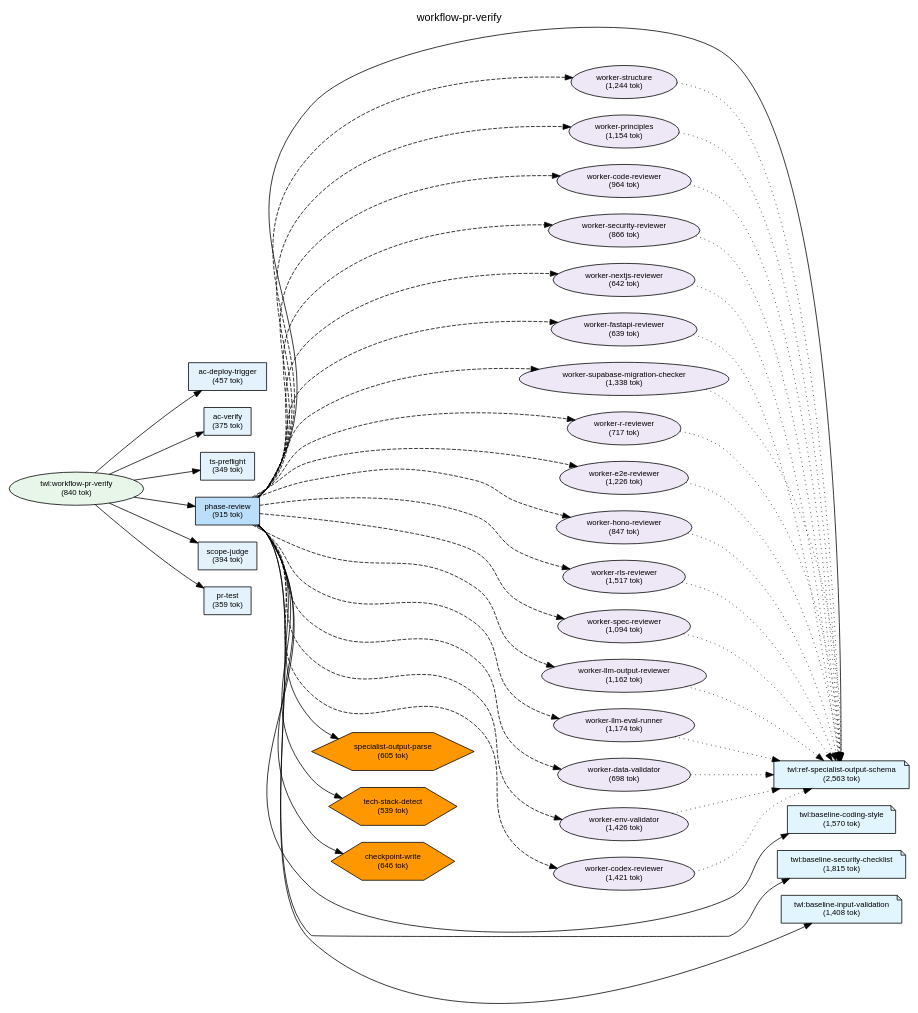
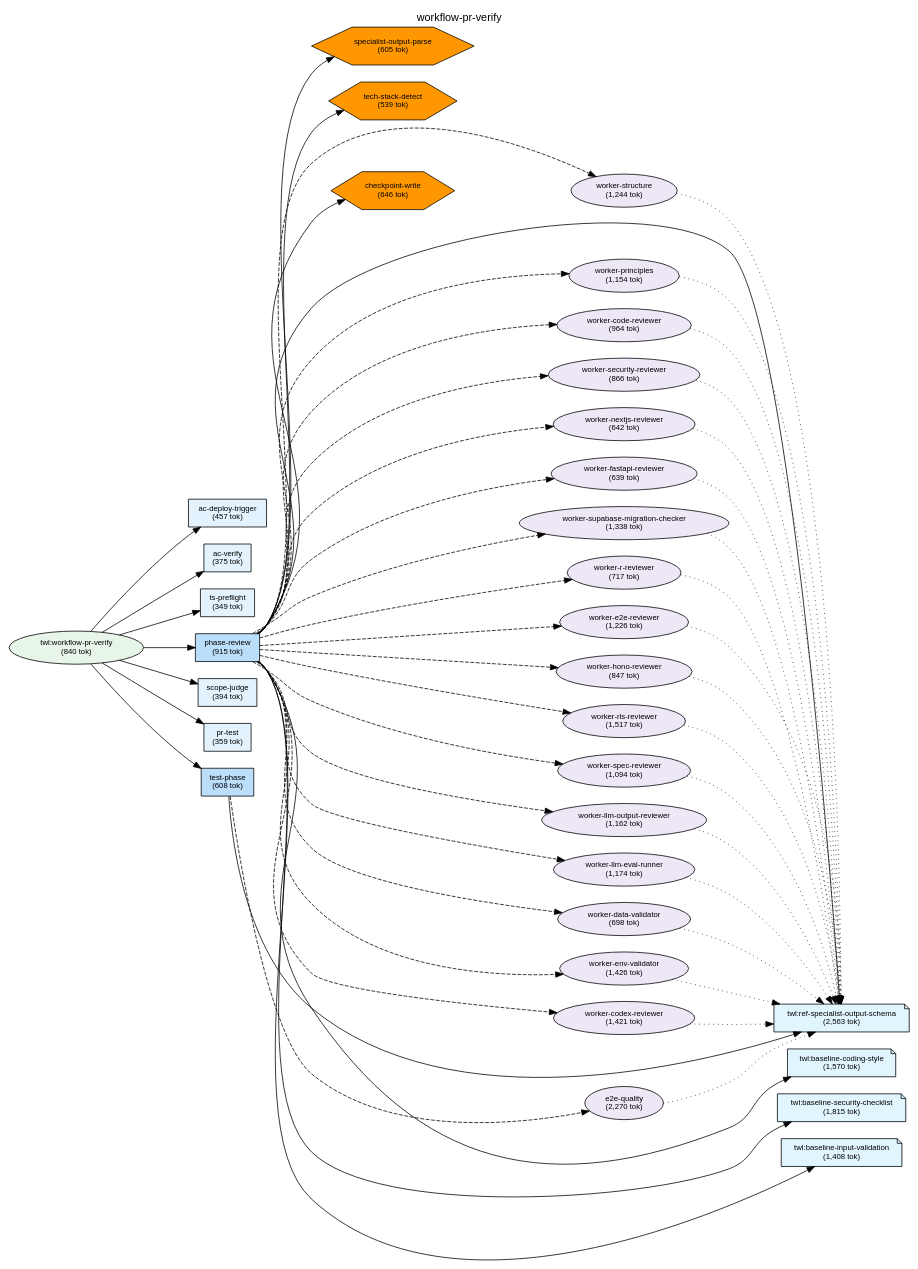
The diagram in plugins/twl/docs/deps-workflow-pr-verify.dot (shuu5/twill), drawn with Graphviz before and after one commit. The commit also changed 17 other files, not shown here.

```diff
--- a/plugins/twl/docs/deps-workflow-pr-verify.dot
+++ b/plugins/twl/docs/deps-workflow-pr-verify.dot
@@ -30,6 +30,7 @@
     cmd_ac_verify [label="ac-verify\n(375 tok)", shape=box, style=filled, fillcolor="#e3f2fd"];
     cmd_phase_review [label="phase-review\n(915 tok)", shape=box, style=filled, fillcolor="#bbdefb"];
     cmd_ac_deploy_trigger [label="ac-deploy-trigger\n(457 tok)", shape=box, style=filled, fillcolor="#e3f2fd"];
+    cmd_test_phase [label="test-phase\n(608 tok)", shape=box, style=filled, fillcolor="#bbdefb"];
 
     // L2: Sub Commands
 
@@ -51,6 +52,7 @@
     agent_worker_r_reviewer [label="worker-r-reviewer\n(717 tok)", shape=ellipse, style=filled, fillcolor="#ede7f6"];
     agent_worker_llm_output_reviewer [label="worker-llm-output-reviewer\n(1,162 tok)", shape=ellipse, style=filled, fillcolor="#ede7f6"];
     agent_worker_llm_eval_runner [label="worker-llm-eval-runner\n(1,174 tok)", shape=ellipse, style=filled, fillcolor="#ede7f6"];
+    agent_e2e_quality [label="e2e-quality\n(2,270 tok)", shape=ellipse, style=filled, fillcolor="#ede7f6"];
 
     // L3.5: Scripts
     script_tech_stack_detect [label="tech-stack-detect\n(539 tok)", shape=hexagon, style=filled, fillcolor="#FF9800"];
@@ -62,8 +64,8 @@
     // Layer constraints
     { rank=same; skill_workflow_pr_verify; }
     { rank=same; skill_ref_specialist_output_schema; skill_baseline_coding_style; skill_baseline_security_checklist; skill_baseline_input_validation; }
-    { rank=same; cmd_ts_preflight; cmd_scope_judge; cmd_pr_test; cmd_ac_verify; cmd_phase_review; cmd_ac_deploy_trigger; }
-    { rank=same; agent_worker_structure; agent_worker_principles; agent_worker_env_validator; agent_worker_rls_reviewer; agent_worker_supabase_migration_checker; agent_worker_data_validator; agent_worker_e2e_reviewer; agent_worker_spec_reviewer; agent_worker_codex_reviewer; agent_worker_code_reviewer; agent_worker_security_reviewer; agent_worker_nextjs_reviewer; agent_worker_fastapi_reviewer; agent_worker_hono_reviewer; agent_worker_r_reviewer; agent_worker_llm_output_reviewer; agent_worker_llm_eval_runner; }
+    { rank=same; cmd_ts_preflight; cmd_scope_judge; cmd_pr_test; cmd_ac_verify; cmd_phase_review; cmd_ac_deploy_trigger; cmd_test_phase; }
+    { rank=same; agent_worker_structure; agent_worker_principles; agent_worker_env_validator; agent_worker_rls_reviewer; agent_worker_supabase_migration_checker; agent_worker_data_validator; agent_worker_e2e_reviewer; agent_worker_spec_reviewer; agent_worker_codex_reviewer; agent_worker_code_reviewer; agent_worker_security_reviewer; agent_worker_nextjs_reviewer; agent_worker_fastapi_reviewer; agent_worker_hono_reviewer; agent_worker_r_reviewer; agent_worker_llm_output_reviewer; agent_worker_llm_eval_runner; agent_e2e_quality; }
     { rank=same; script_tech_stack_detect; script_specialist_output_parse; script_checkpoint_write; }
 
     // Edges
@@ -73,6 +75,7 @@
     skill_workflow_pr_verify -> cmd_phase_review;
     skill_workflow_pr_verify -> cmd_scope_judge;
     skill_workflow_pr_verify -> cmd_pr_test;
+    skill_workflow_pr_verify -> cmd_test_phase;
     cmd_phase_review -> script_specialist_output_parse;
     cmd_phase_review -> script_tech_stack_detect;
     cmd_phase_review -> script_checkpoint_write;
@@ -97,6 +100,8 @@
     cmd_phase_review -> skill_baseline_coding_style;
     cmd_phase_review -> skill_baseline_security_checklist;
     cmd_phase_review -> skill_baseline_input_validation;
+    cmd_test_phase -> agent_e2e_quality [style=dashed];
+    cmd_test_phase -> skill_ref_specialist_output_schema;
     agent_worker_structure -> skill_ref_specialist_output_schema [style=dotted];
     agent_worker_principles -> skill_ref_specialist_output_schema [style=dotted];
     agent_worker_env_validator -> skill_ref_specialist_output_schema [style=dotted];
@@ -114,6 +119,7 @@
     agent_worker_r_reviewer -> skill_ref_specialist_output_schema [style=dotted];
     agent_worker_llm_output_reviewer -> skill_ref_specialist_output_schema [style=dotted];
     agent_worker_llm_eval_runner -> skill_ref_specialist_output_schema [style=dotted];
+    agent_e2e_quality -> skill_ref_specialist_output_schema [style=dotted];
 
     // Ordering constraints (invisible edges)
     cmd_ac_deploy_trigger -> cmd_ac_verify [style=invis, weight=10];
@@ -121,6 +127,7 @@
     cmd_ts_preflight -> cmd_phase_review [style=invis, weight=10];
     cmd_phase_review -> cmd_scope_judge [style=invis, weight=10];
     cmd_scope_judge -> cmd_pr_test [style=invis, weight=10];
+    cmd_pr_test -> cmd_test_phase [style=invis, weight=10];
     agent_worker_structure -> agent_worker_principles [style=invis, weight=10];
     agent_worker_structure -> agent_worker_principles [style=invis, weight=10];
     script_specialist_output_parse -> script_tech_stack_detect [style=invis, weight=10];
@@ -165,5 +172,6 @@
     agent_worker_env_validator -> agent_worker_codex_reviewer [style=invis, weight=10];
     skill_baseline_coding_style -> skill_baseline_security_checklist [style=invis, weight=10];
     skill_baseline_security_checklist -> skill_baseline_input_validation [style=invis, weight=10];
+    agent_e2e_quality -> skill_ref_specialist_output_schema [style=invis, weight=10];
 
 }
```
